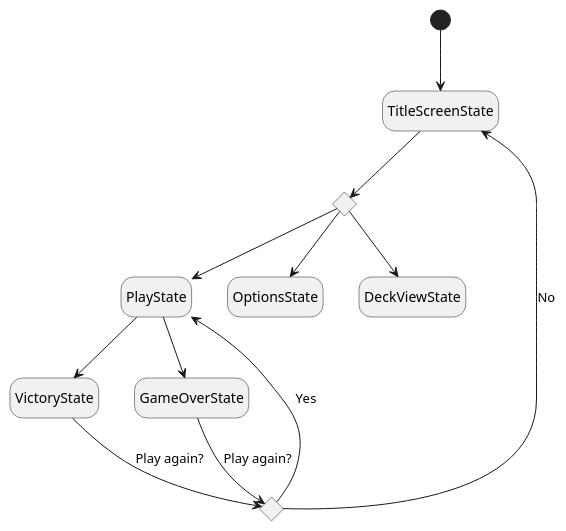
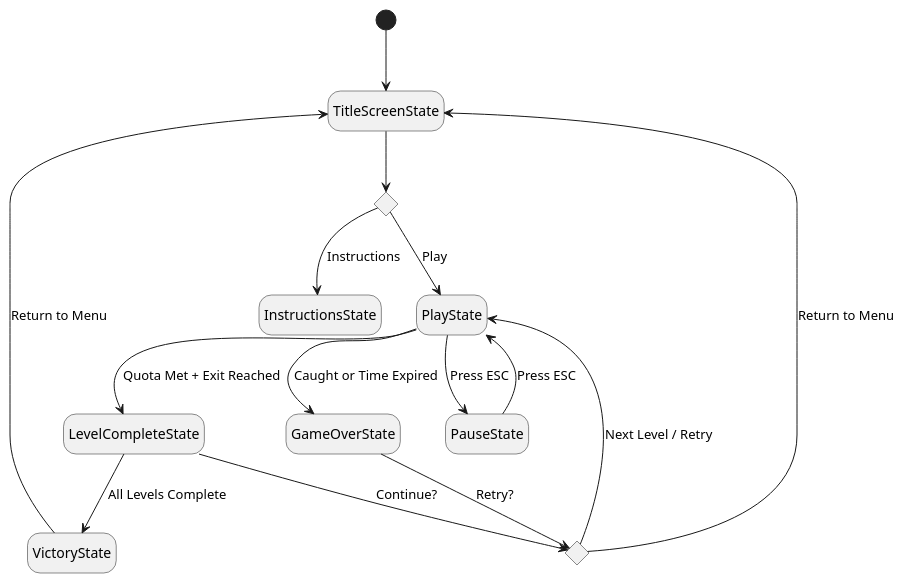
Before and after one commit to JAC-CS-Game-Programming-F25/project-alessandro: the diagram in assets/images/StateDiagram.puml, drawn with PlantUML. The commit also changed 10 other files, not shown here.

Commit message:
Rough draft of proposal done. [WIP] Wireframes and class diagram, and level design  is subject to change

```diff
--- a/assets/images/StateDiagram.puml
+++ b/assets/images/StateDiagram.puml
@@ -1,31 +1,38 @@
-@startuml Pokemon TCG
+@startuml StateDiagram
 
 hide empty description
 skinparam monochrome true
 
 state "TitleScreenState" as TSS
+state "InstructionsState" as IS
 state "PlayState" as PS
-state "OptionsState" as OS
-state "DeckViewState" as DVS
+state "PauseState" as PAS
+state "LevelCompleteState" as LCS
 state "VictoryState" as VS
 state "GameOverState" as GOS
 state Menu <<choice>>
 state PlayAgain <<choice>>
 
 [*] --> TSS
 
 TSS --> Menu
-Menu --> OS
-Menu --> PS
-Menu --> DVS
+Menu --> IS: Instructions
+Menu --> PS: Play
 
-PS --> VS
-PS --> GOS
+PS --> PAS: Press ESC
+PAS --> PS: Press ESC
 
-VS --> PlayAgain: Play again?
-GOS --> PlayAgain: Play again?
+PS --> LCS: Quota Met + Exit Reached
+PS --> GOS: Caught or Time Expired
 
-PlayAgain --> TSS: No
-PlayAgain --> PS: Yes
+LCS --> PlayAgain: Continue?
+GOS --> PlayAgain: Retry?
+
+PlayAgain --> TSS: Return to Menu
+PlayAgain --> PS: Next Level / Retry
+
+LCS --> VS: All Levels Complete
+
+VS --> TSS: Return to Menu
 
 @enduml
```
